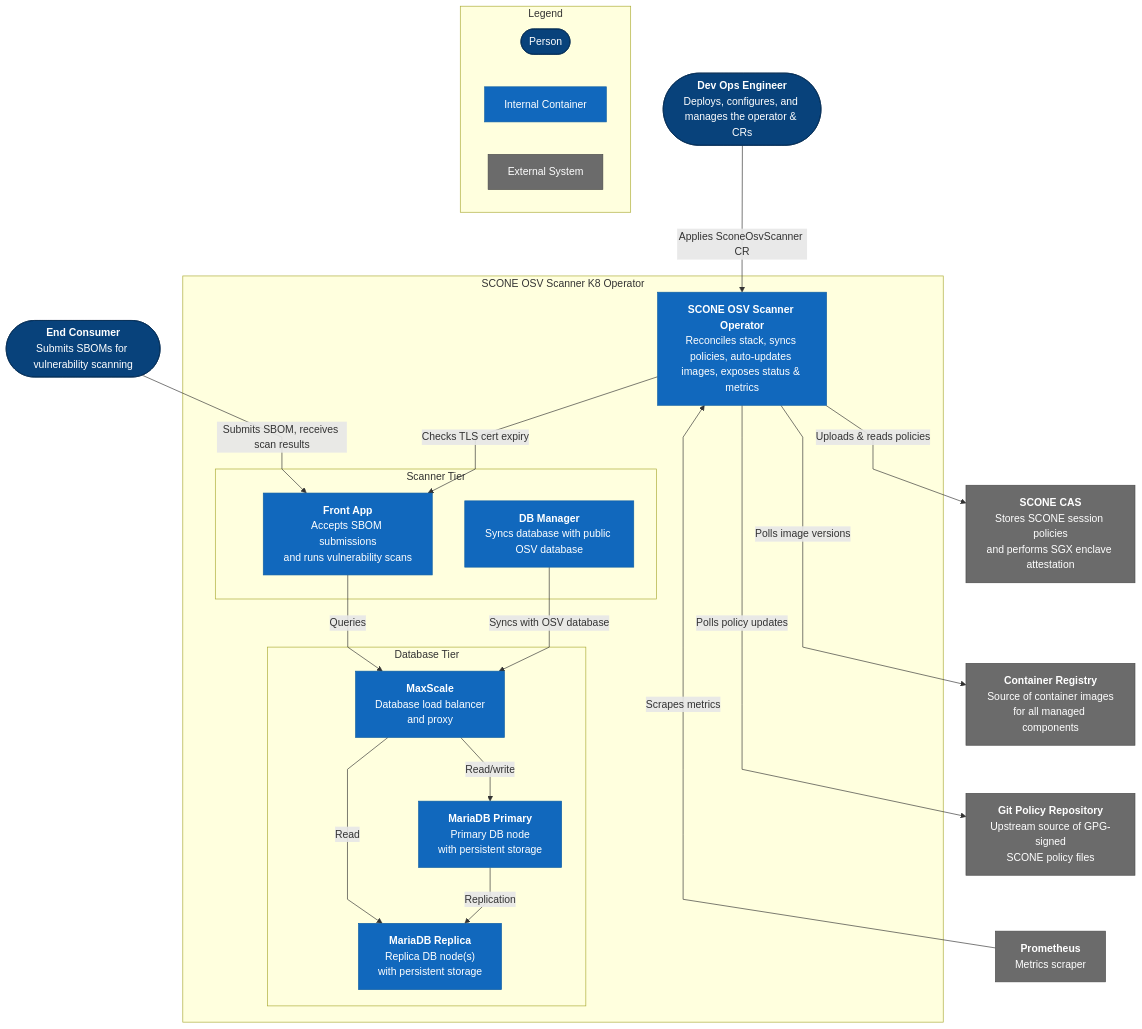
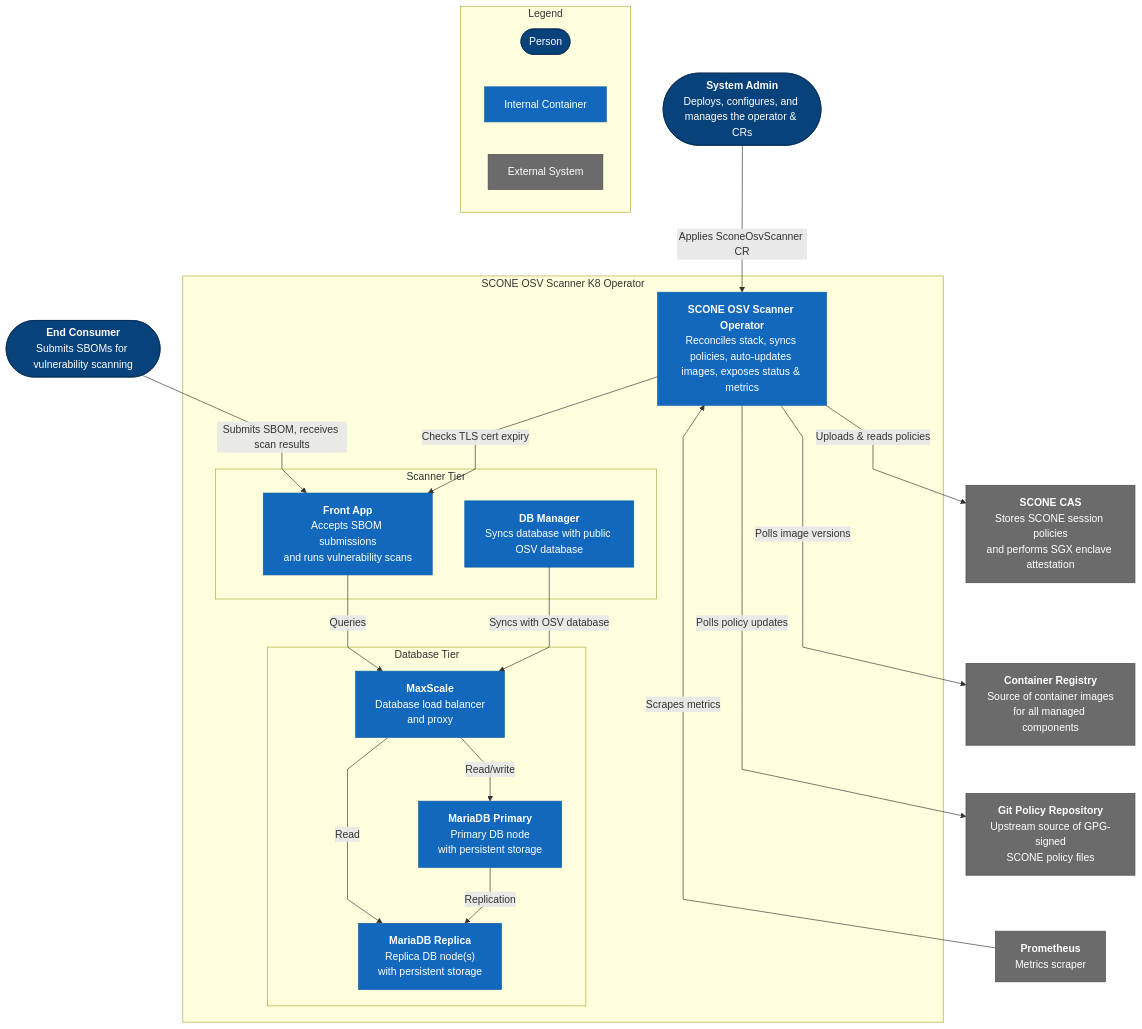
The diagram in mermaid_diagram/c4_container.md (YoussefHenna/scone-osv-scanner-k8-operator), drawn with Mermaid before and after one commit. The commit also changed 3 other files, not shown here.

Commit message:
update process sequence diagram

````diff
--- a/mermaid_diagram/c4_container.md
+++ b/mermaid_diagram/c4_container.md
@@ -4,55 +4,55 @@
 ```mermaid
 %%{init: {"flowchart": {"curve": "linear"}}}%%
 flowchart TB
-    devops(["<b>Dev Ops Engineer</b><br/>Deploys, configures, and manages the operator & CRs"])
+    devops(["<b>System Admin</b><br/>Deploys, configures, and manages the operator & CRs"])
     consumer(["<b>End Consumer</b><br/>Submits SBOMs for vulnerability scanning"])
     cas["<b>SCONE CAS</b><br/>Stores SCONE session policies<br/>and performs SGX enclave attestation"]
     registry["<b>Container Registry</b><br/>Source of container images<br/>for all managed components"]
     gitrepo["<b>Git Policy Repository</b><br/>Upstream source of GPG-signed<br/>SCONE policy files"]
     prometheus["<b>Prometheus</b><br/>Metrics scraper"]
 
     subgraph system["SCONE OSV Scanner K8 Operator"]
         operator["<b>SCONE OSV Scanner Operator</b><br/>Reconciles stack, syncs policies, auto-updates images, exposes status & metrics"]
 
         subgraph scannerTier["Scanner Tier"]
             frontApp["<b>Front App</b><br/>Accepts SBOM submissions<br/>and runs vulnerability scans"]
             dbManager["<b>DB Manager</b><br/>Syncs database with public OSV database"]
         end
 
         subgraph dbTier["Database Tier"]
             maxscale["<b>MaxScale</b><br/>Database load balancer<br/>and proxy"]
             mariadbPrimary["<b>MariaDB Primary</b><br/>Primary DB node<br/>with persistent storage"]
             mariadbReplica["<b>MariaDB Replica</b><br/>Replica DB node(s)<br/>with persistent storage"]
         end
     end
 
     subgraph legend["Legend"]
         l_person(["Person"])
         l_container["Internal Container"]
         l_external["External System"]
     end
 
     devops -->|"Applies SconeOsvScanner CR"| operator
     consumer -->|"Submits SBOM, receives scan results"| frontApp
     operator -->|"Uploads & reads policies"| cas
     operator -->|"Polls image versions"| registry
     operator -->|"Polls policy updates"| gitrepo
     prometheus -->|"Scrapes metrics"| operator
     operator -->|"Checks TLS cert expiry"| frontApp
 
     frontApp -->|"Queries"| maxscale
     dbManager -->|"Syncs with OSV database"| maxscale
     maxscale -->|"Read/write"| mariadbPrimary
     maxscale -->|"Read"| mariadbReplica
     mariadbPrimary -->|"Replication"| mariadbReplica
 
     cas ~~~ registry ~~~ gitrepo ~~~ prometheus
 
     classDef system fill:#1168bd,stroke:#0e5fa3,color:#fff
     classDef external fill:#6b6b6b,stroke:#4a4a4a,color:#fff
     classDef person fill:#08427b,stroke:#052e56,color:#fff
 
     class operator,frontApp,dbManager,maxscale,mariadbPrimary,mariadbReplica,l_container system
     class cas,registry,gitrepo,prometheus,l_external external
     class devops,consumer,l_person person
 ```
````
